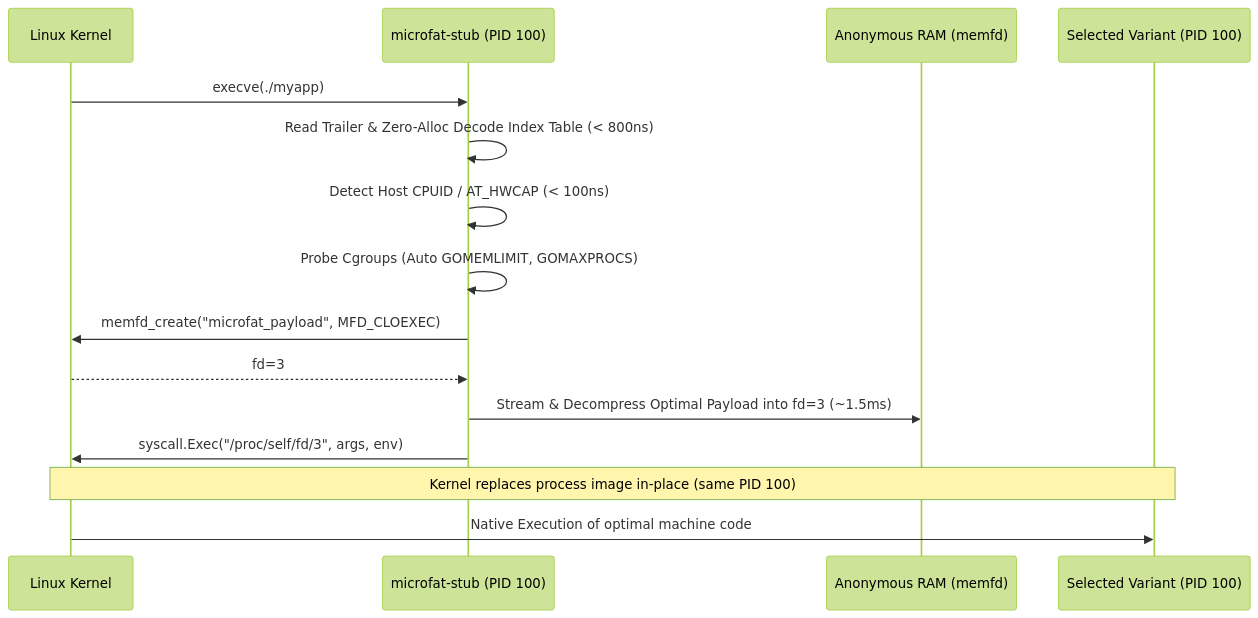
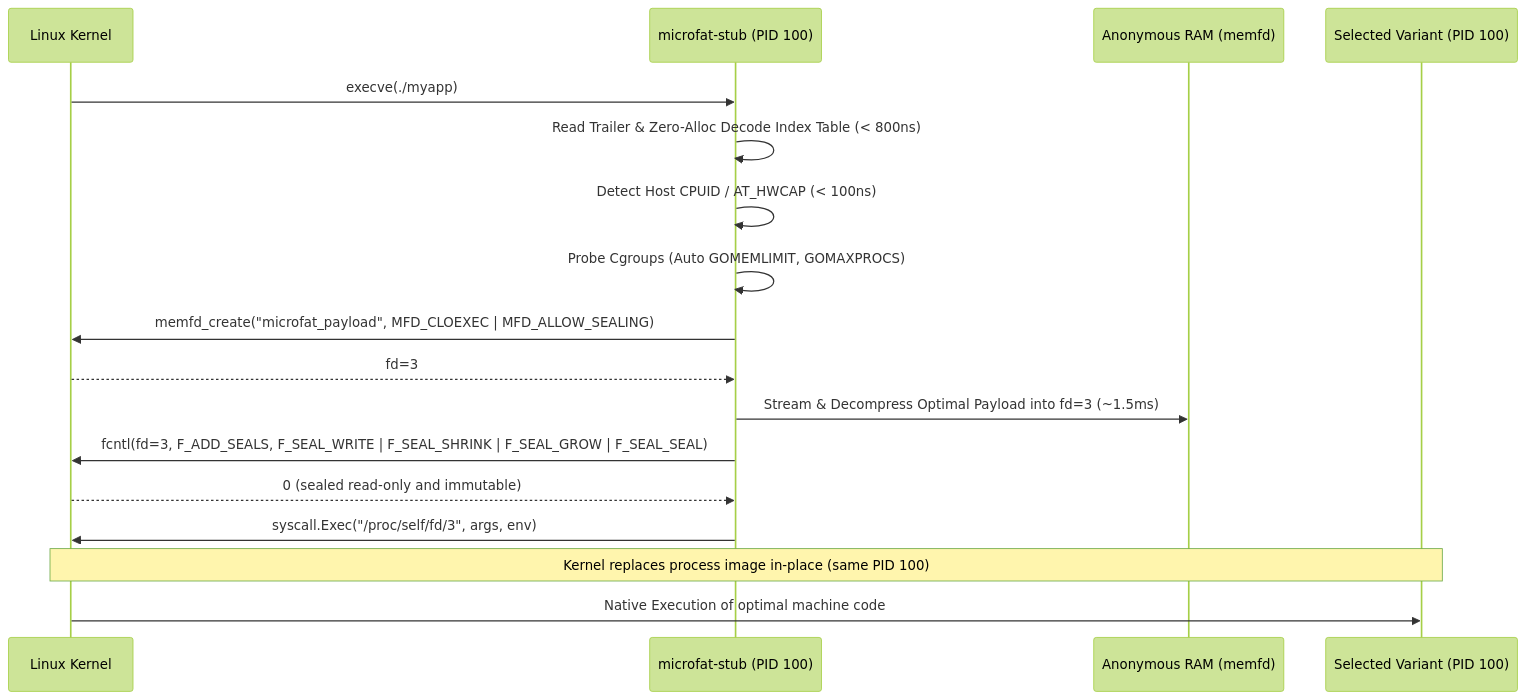
The diagram in docs/architecture.md (EpicBlackWolfZ/microfat), drawn with Mermaid (forest theme) before and after one commit. The commit also changed other lines of this file and 18 other files, not shown here.

````diff
--- a/docs/architecture.md
+++ b/docs/architecture.md
@@ -155,18 +155,20 @@
 ```mermaid
 sequenceDiagram
     participant OS as Linux Kernel
     participant Stub as microfat-stub (PID 100)
     participant RAM as Anonymous RAM (memfd)
     participant App as Selected Variant (PID 100)
 
     OS->>Stub: execve(./myapp)
     Stub->>Stub: Read Trailer & Zero-Alloc Decode Index Table (< 800ns)
     Stub->>Stub: Detect Host CPUID / AT_HWCAP (< 100ns)
     Stub->>Stub: Probe Cgroups (Auto GOMEMLIMIT, GOMAXPROCS)
-    Stub->>OS: memfd_create("microfat_payload", MFD_CLOEXEC)
+    Stub->>OS: memfd_create("microfat_payload", MFD_CLOEXEC | MFD_ALLOW_SEALING)
     OS-->>Stub: fd=3
     Stub->>RAM: Stream & Decompress Optimal Payload into fd=3 (~1.5ms)
+    Stub->>OS: fcntl(fd=3, F_ADD_SEALS, F_SEAL_WRITE | F_SEAL_SHRINK | F_SEAL_GROW | F_SEAL_SEAL)
+    OS-->>Stub: 0 (sealed read-only and immutable)
     Stub->>OS: syscall.Exec("/proc/self/fd/3", args, env)
     Note over OS,App: Kernel replaces process image in-place (same PID 100)
     OS->>App: Native Execution of optimal machine code
 ```
````
